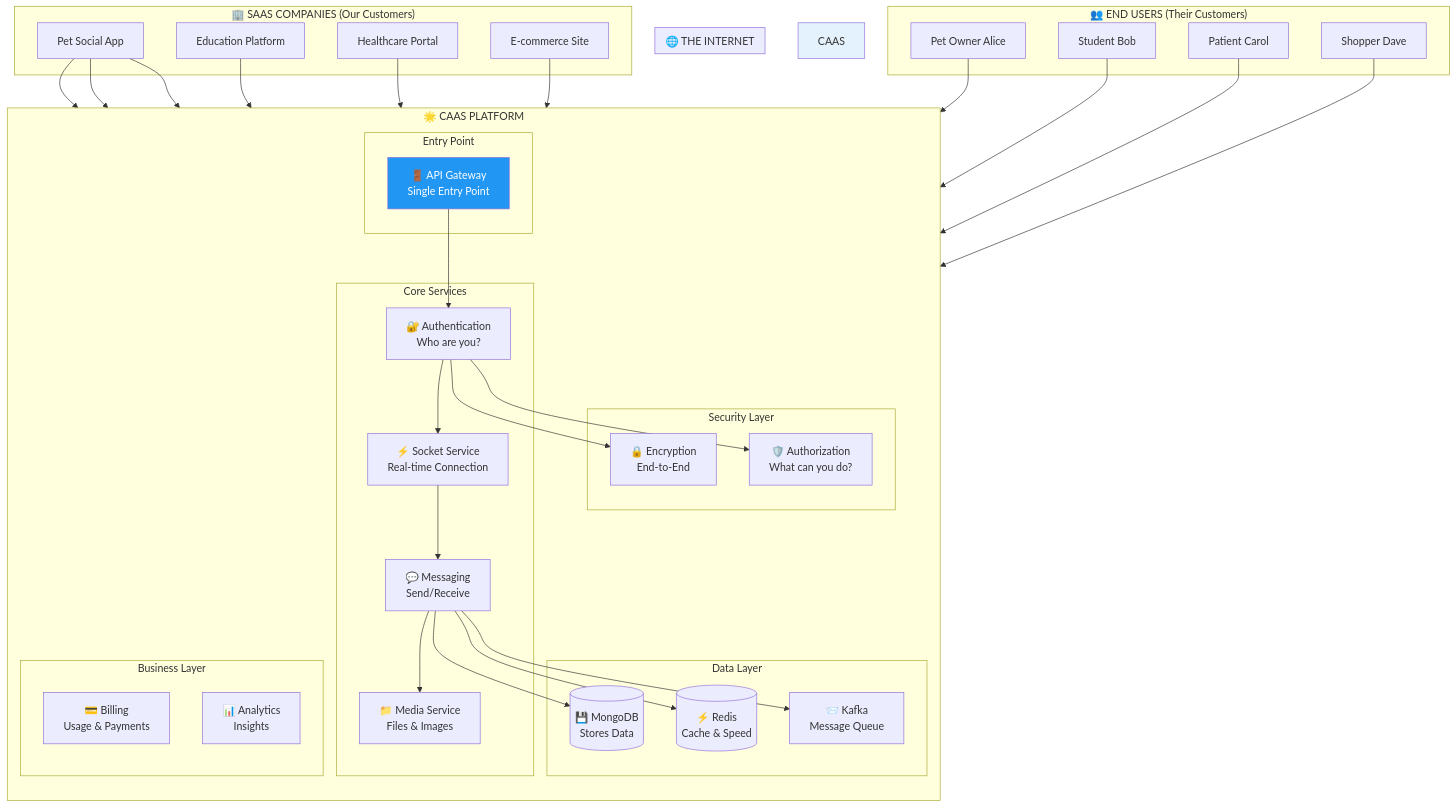
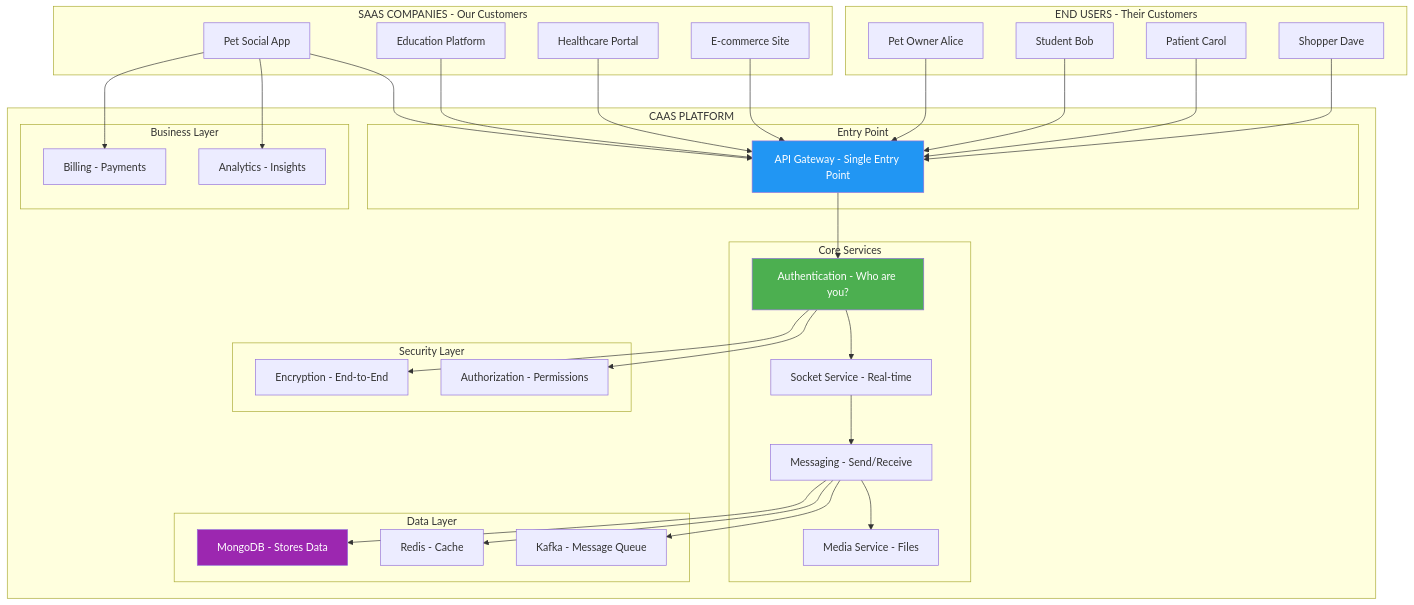
Before and after one commit to AtharvaBansod/CAAS: the third of 40 diagrams in docs/COMPLETE_PLATFORM_VISUAL_GUIDE.md, drawn with Mermaid. The commit also changed other lines of this file, not shown here.

````diff
--- a/docs/COMPLETE_PLATFORM_VISUAL_GUIDE.md
+++ b/docs/COMPLETE_PLATFORM_VISUAL_GUIDE.md
@@ -86,72 +104,67 @@
 ```mermaid
 flowchart TB
-    subgraph "🌐 THE INTERNET"
-        direction TB
+    subgraph Customers["SAAS COMPANIES - Our Customers"]
+        S1["Pet Social App"]
+        S2["Education Platform"]
+        S3["Healthcare Portal"]
+        S4["E-commerce Site"]
     end
     
-    subgraph "🏢 SAAS COMPANIES (Our Customers)"
-        S1[Pet Social App]
-        S2[Education Platform]
-        S3[Healthcare Portal]
-        S4[E-commerce Site]
+    subgraph Users["END USERS - Their Customers"]
+        U1["Pet Owner Alice"]
+        U2["Student Bob"]
+        U3["Patient Carol"]
+        U4["Shopper Dave"]
     end
     
-    subgraph "👥 END USERS (Their Customers)"
-        U1[Pet Owner Alice]
-        U2[Student Bob]
-        U3[Patient Carol]
-        U4[Shopper Dave]
-    end
-    
-    subgraph "🌟 CAAS PLATFORM"
-        direction TB
-        
-        subgraph "Entry Point"
-            GW[🚪 API Gateway<br/>Single Entry Point]
+    subgraph Platform["CAAS PLATFORM"]
+        subgraph Entry["Entry Point"]
+            GW["API Gateway - Single Entry Point"]
         end
         
-        subgraph "Core Services"
-            AUTH[🔐 Authentication<br/>Who are you?]
-            SOCKET[⚡ Socket Service<br/>Real-time Connection]
-            MSG[💬 Messaging<br/>Send/Receive]
-            MEDIA[📁 Media Service<br/>Files & Images]
+        subgraph Core["Core Services"]
+            AUTH["Authentication - Who are you?"]
+            SOCKET["Socket Service - Real-time"]
+            MSG["Messaging - Send/Receive"]
+            MEDIA["Media Service - Files"]
         end
         
-        subgraph "Security Layer"
-            CRYPTO[🔒 Encryption<br/>End-to-End]
-            AUTHZ[🛡️ Authorization<br/>What can you do?]
+        subgraph Security["Security Layer"]
+            CRYPTO["Encryption - End-to-End"]
+            AUTHZ["Authorization - Permissions"]
         end
         
-        subgraph "Data Layer"
-            MONGO[(💾 MongoDB<br/>Stores Data)]
-            REDIS[(⚡ Redis<br/>Cache & Speed)]
-            KAFKA[📨 Kafka<br/>Message Queue]
+        subgraph Data["Data Layer"]
+            MONGO["MongoDB - Stores Data"]
+            REDIS["Redis - Cache"]
+            KAFKA["Kafka - Message Queue"]
         end
         
-        subgraph "Business Layer"
-            BILLING[💳 Billing<br/>Usage & Payments]
-            ANALYTICS[📊 Analytics<br/>Insights]
+        subgraph Business["Business Layer"]
+            BILLING["Billing - Payments"]
+            ANALYTICS["Analytics - Insights"]
         end
     end
     
     S1 & S2 & S3 & S4 --> GW
     U1 & U2 & U3 & U4 --> GW
     
     GW --> AUTH
     AUTH --> SOCKET
     SOCKET --> MSG
     MSG --> MEDIA
     
     AUTH --> CRYPTO
     AUTH --> AUTHZ
     
     MSG --> MONGO
     MSG --> REDIS
     MSG --> KAFKA
     
     S1 --> BILLING
     S1 --> ANALYTICS
     
     style GW fill:#2196F3,color:#fff
-    style CAAS fill:#e3f2fd
+    style AUTH fill:#4CAF50,color:#fff
+    style MONGO fill:#9C27B0,color:#fff
 ```
````
